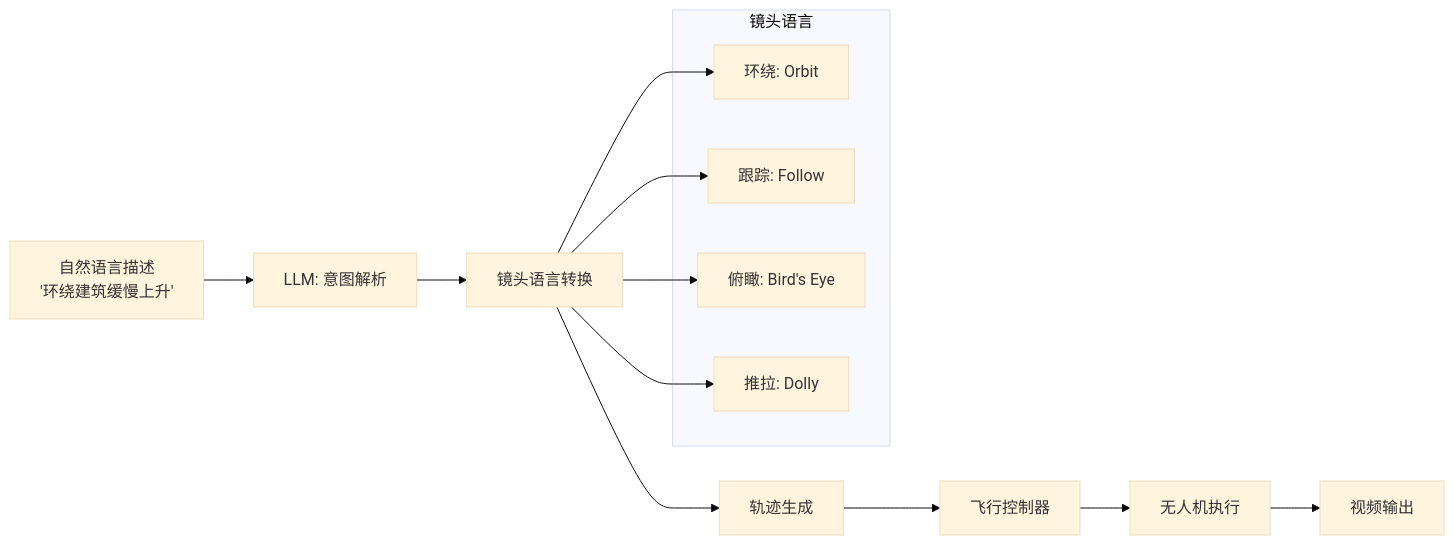
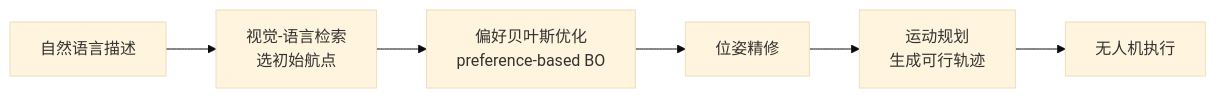
One commit to Qxy661/UAV-WM-VLA-Learning changed the fourth of 10 diagrams in docs/04-VLM专题/03-LLM驱动的无人机Agent.md. Above: the diagram before and after it, drawn with Mermaid (base theme). The commit also changed other lines of this file and 53 other files, not shown here.

````diff
--- a/docs/04-VLM专题/03-LLM驱动的无人机Agent.md
+++ b/docs/04-VLM专题/03-LLM驱动的无人机Agent.md
@@ -141,21 +146,8 @@
 ```mermaid
 graph LR
-    A["自然语言描述<br/>'环绕建筑缓慢上升'"] --> B[LLM: 意图解析]
-    B --> C[镜头语言转换]
-    C --> D[轨迹生成]
-    D --> E[飞行控制器]
+    A["自然语言描述"] --> B[视觉-语言检索<br/>选初始航点]
+    B --> C[偏好贝叶斯优化<br/>preference-based BO]
+    C --> D[位姿精修]
+    D --> E[运动规划<br/>生成可行轨迹]
     E --> F[无人机执行]
-    F --> G[视频输出]
-    
-    subgraph 镜头语言
-        H[环绕: Orbit]
-        I[跟踪: Follow]
-        J[俯瞰: Bird's Eye]
-        K[推拉: Dolly]
-    end
-    
-    C --> H
-    C --> I
-    C --> J
-    C --> K
 ```
````
